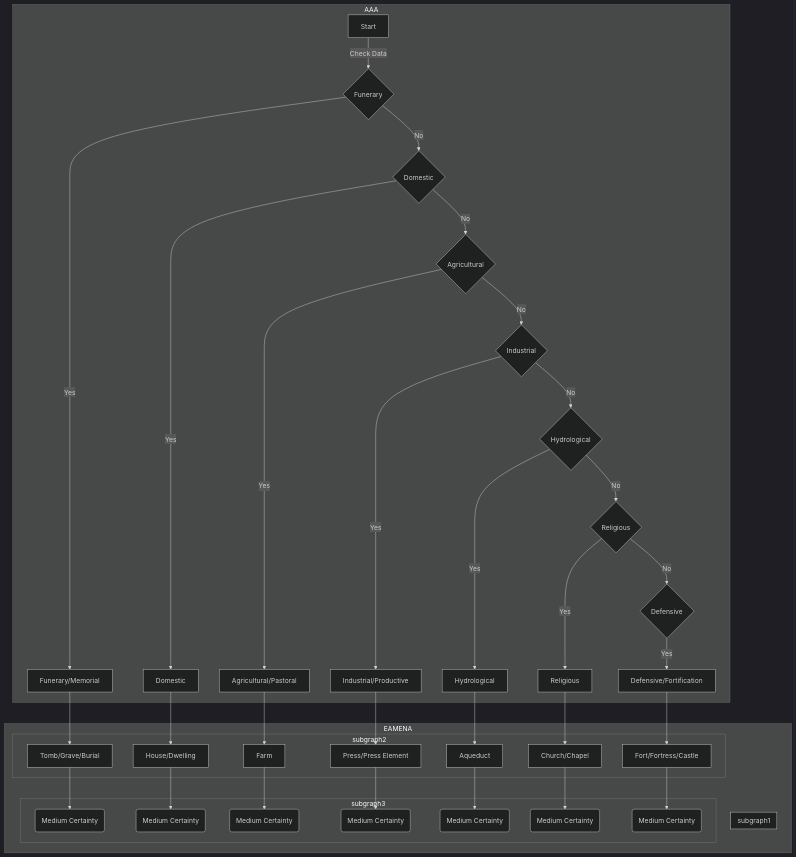
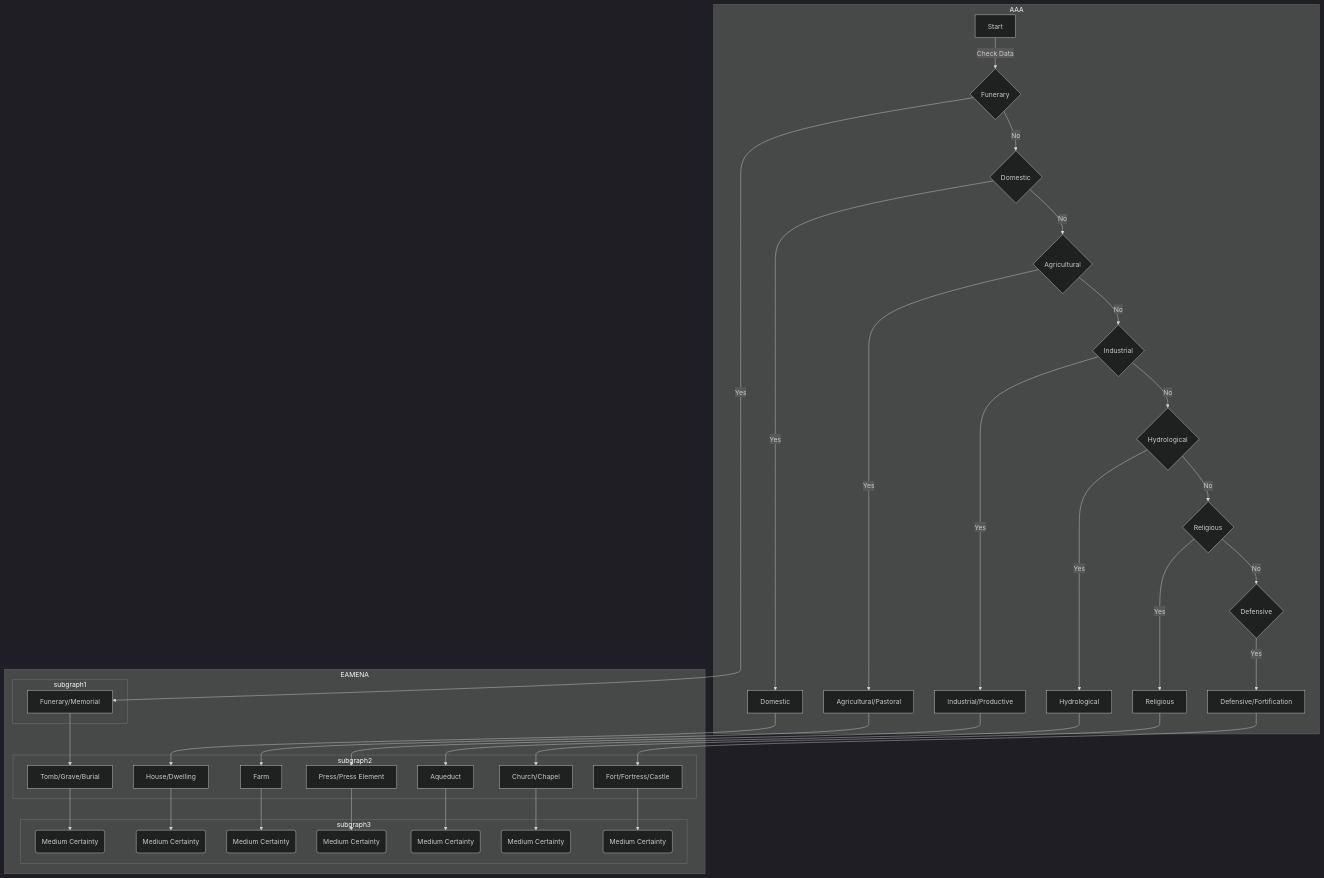
One commit to eamena-project/eamena-arches-dev changed the third of 3 diagrams in projects/aaa/temp.md. Above: the diagram before and after it, drawn with Mermaid (dark theme).

Commit message:
AAA function flow chart

````diff
--- a/projects/aaa/temp.md
+++ b/projects/aaa/temp.md
@@ -124,70 +124,70 @@
 ```mermaid
 graph TD
     subgraph AAA
     A[Start] -->|Check Data| B{Funerary}
-	B -->|Yes| C
     B -->|No| D{Domestic}
 	D -->|Yes| F
 	D -->|No| G{Agricultural}
 	G -->|Yes| I
 	G -->|No| J{Industrial}
 	J -->|Yes| L
 	J -->|No| M{Hydrological}
 	M -->|Yes| O
 	M -->|No| P{Religious}
 	P -->|Yes| R
 	P -->|No| S{Defensive}
 	S -->|Yes| U
     end
 
     subgraph EAMENA
         subgraph subgraph1
+		B -->|Yes| C
         C[Funerary/Memorial]
         F[Domestic]
         I[Agricultural/Pastoral]
         L[Industrial/Productive]
         O[Hydrological]
         R[Religious]
         U[Defensive/Fortification]
         end
         subgraph subgraph2
         E[Tomb/Grave/Burial]
         H[House/Dwelling]
         K[Farm]
         N[Press/Press Element]
         Q[Aqueduct]
         T[Church/Chapel]
         W[Fort/Fortress/Castle]
         end
         C --> E
         E --> EZ(Medium Certainty)
         
         
         F --> H
         H --> HZ(Medium Certainty)
 
         I --> K
         K --> KZ(Medium Certainty)
 
         L --> N
         N --> NZ(Medium Certainty)
 
         O --> Q
         Q --> QZ(Medium Certainty)
 
         R --> T
         T --> TZ(Medium Certainty)
         
         U --> W
         W --> WZ(Medium Certainty)
         subgraph subgraph3
         EZ(Medium Certainty)
         HZ(Medium Certainty)
         KZ(Medium Certainty)
         NZ(Medium Certainty)
         QZ(Medium Certainty)
         TZ(Medium Certainty)
         WZ(Medium Certainty)
         end
     end
 ```
````
